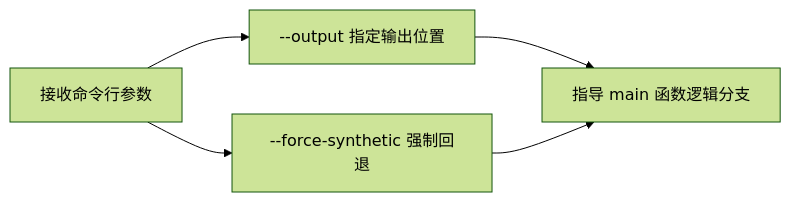
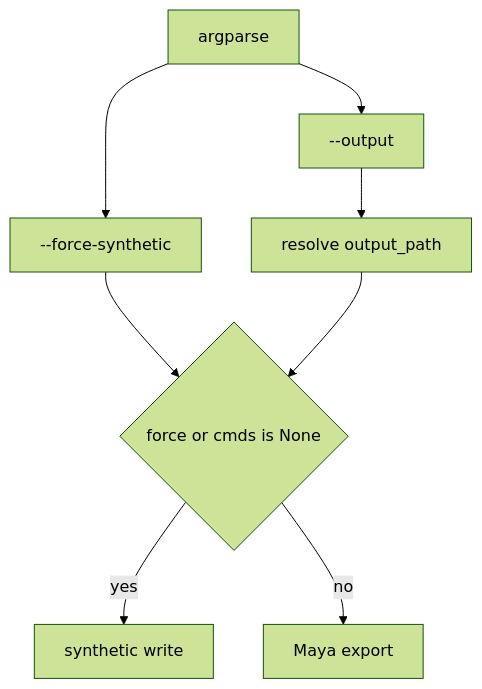
The tenth of 13 diagrams in docs/blog/AnimationPapers/halo_4_exporter_from_maya/README.md (EvihGraphics/AnimationTech-HTC), drawn with Mermaid (forest theme) before and after one commit. The commit also changed other lines of this file and 6 other files, not shown here.

````diff
--- a/docs/blog/AnimationPapers/halo_4_exporter_from_maya/README.md
+++ b/docs/blog/AnimationPapers/halo_4_exporter_from_maya/README.md
@@ -124,7 +207,10 @@
 ```mermaid
-flowchart LR
-    A[接收命令行参数] --> B[--output 指定输出位置]
-    A --> C[--force-synthetic 强制回退]
-    B --> D[指导 main 函数逻辑分支]
-    C --> D
+flowchart TD
+    A[argparse] --> B[--output]
+    A --> C[--force-synthetic]
+    B --> D[resolve output_path]
+    C --> E{force or cmds is None}
+    D --> E
+    E -->|yes| F[synthetic write]
+    E -->|no| G[Maya export]
 ```
````
